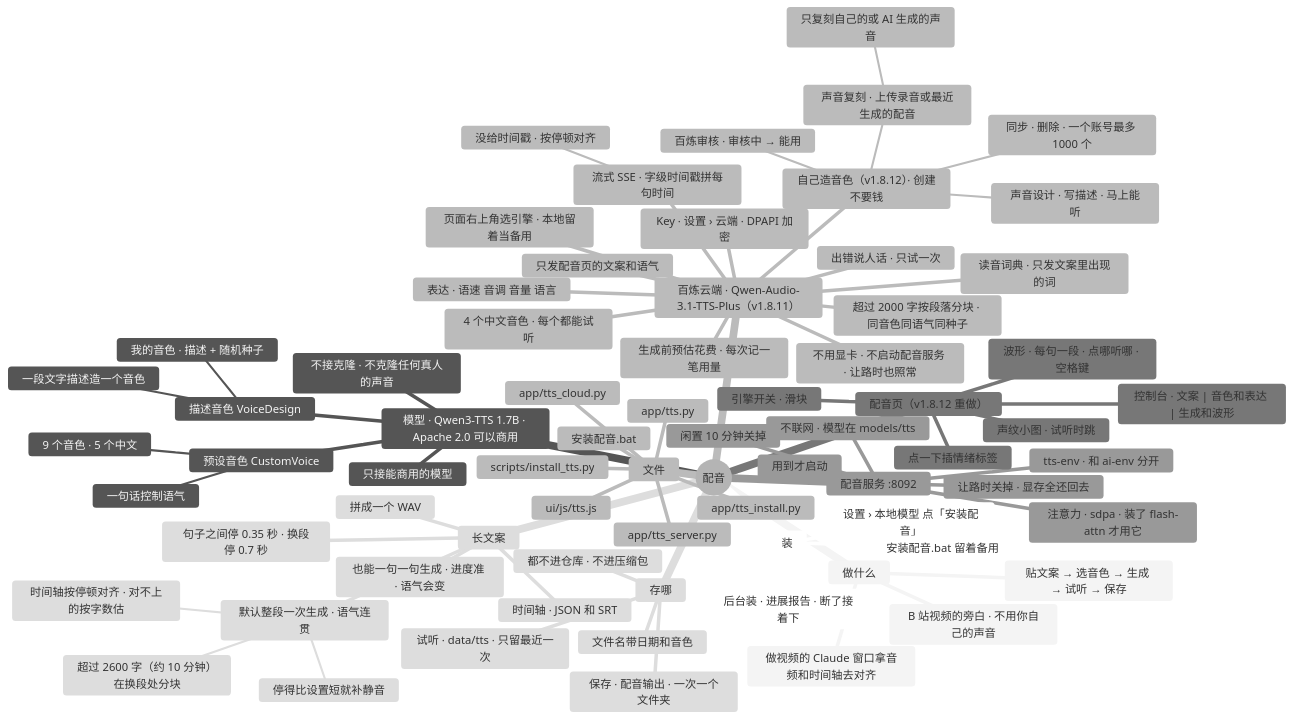
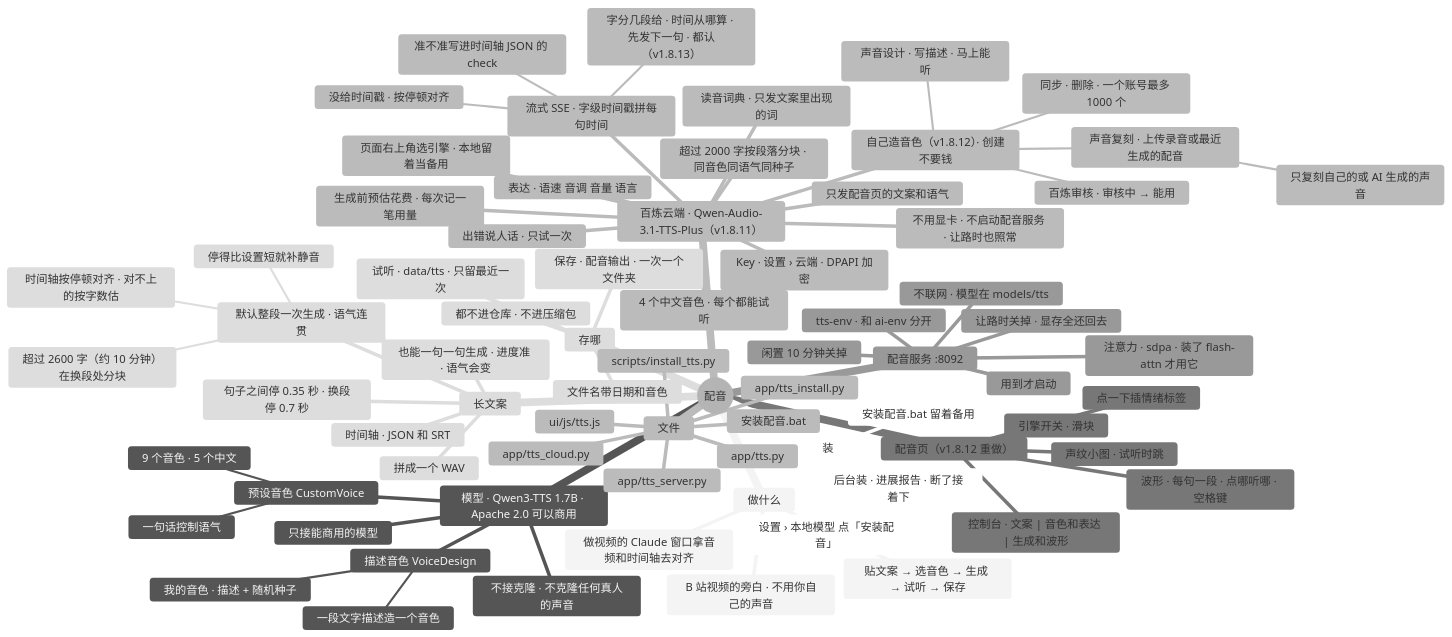
The diagram in docs/AI文档/架构/14-配音.md (lql-076/Experiment-Agent-One), drawn with Mermaid (neutral theme) before and after one commit. The commit also changed other lines of this file and 12 other files, not shown here.

````diff
--- a/docs/AI文档/架构/14-配音.md
+++ b/docs/AI文档/架构/14-配音.md
@@ -9,76 +9,78 @@
 ```mermaid
 mindmap
   root((配音))
     做什么
       B 站视频的旁白 · 不用你自己的声音
       贴文案 → 选音色 → 生成 → 试听 → 保存
       做视频的 Claude 窗口拿音频和时间轴去对齐
     模型 · Qwen3-TTS 1.7B · Apache 2.0 可以商用
       预设音色 CustomVoice
         9 个音色 · 5 个中文
         一句话控制语气
       描述音色 VoiceDesign
         一段文字描述造一个音色
         我的音色 · 描述 + 随机种子
       不接克隆 · 不克隆任何真人的声音
       只接能商用的模型
     百炼云端 · Qwen-Audio-3.1-TTS-Plus（v1.8.11）
       页面右上角选引擎 · 本地留着当备用
       不用显卡 · 不启动配音服务 · 让路时也照常
       只发配音页的文案和语气
       Key · 设置 › 云端 · DPAPI 加密
       4 个中文音色 · 每个都能试听
       流式 SSE · 字级时间戳拼每句时间
+        字分几段给 · 时间从哪算 · 先发下一句 · 都认（v1.8.13）
+        准不准写进时间轴 JSON 的 check
         没给时间戳 · 按停顿对齐
       超过 2000 字按段落分块 · 同音色同语气同种子
       生成前预估花费 · 每次记一笔用量
       出错说人话 · 只试一次
       自己造音色（v1.8.12）· 创建不要钱
         声音设计 · 写描述 · 马上能听
         声音复刻 · 上传录音或最近生成的配音
           只复刻自己的或 AI 生成的声音
         百炼审核 · 审核中 → 能用
         同步 · 删除 · 一个账号最多 1000 个
       表达 · 语速 音调 音量 语言
       读音词典 · 只发文案里出现的词
     配音页（v1.8.12 重做）
       控制台 · 文案 | 音色和表达 | 生成和波形
       引擎开关 · 滑块
       声纹小图 · 试听时跳
       点一下插情绪标签
       波形 · 每句一段 · 点哪听哪 · 空格键
     配音服务 :8092
     :::svc-tts
       tts-env · 和 ai-env 分开
       用到才启动
       闲置 10 分钟关掉
       让路时关掉 · 显存全还回去
       不联网 · 模型在 models/tts
       注意力 · sdpa · 装了 flash-attn 才用它
     长文案
       默认整段一次生成 · 语气连贯
         超过 2600 字（约 10 分钟）在换段处分块
         时间轴按停顿对齐 · 对不上的按字数估
         停得比设置短就补静音
       也能一句一句生成 · 进度准 · 语气会变
       句子之间停 0.35 秒 · 换段停 0.7 秒
       拼成一个 WAV
       时间轴 · JSON 和 SRT
     装
       设置 › 本地模型 点「安装配音」
       后台装 · 进展报告 · 断了接着下
       安装配音.bat 留着备用
     存哪
       试听 · data/tts · 只留最近一次
       保存 · 配音输出 · 一次一个文件夹
       文件名带日期和音色
       都不进仓库 · 不进压缩包
     文件
       app/tts.py
       app/tts_cloud.py
       app/tts_server.py
       scripts/install_tts.py
       app/tts_install.py
       安装配音.bat
       ui/js/tts.js
 ```
````
